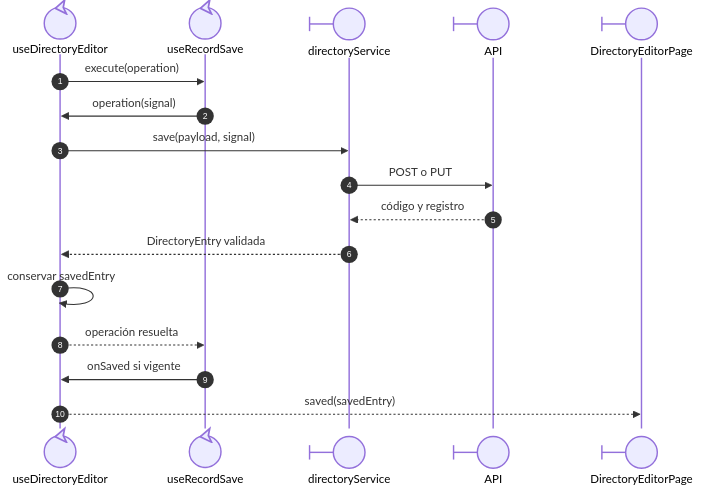
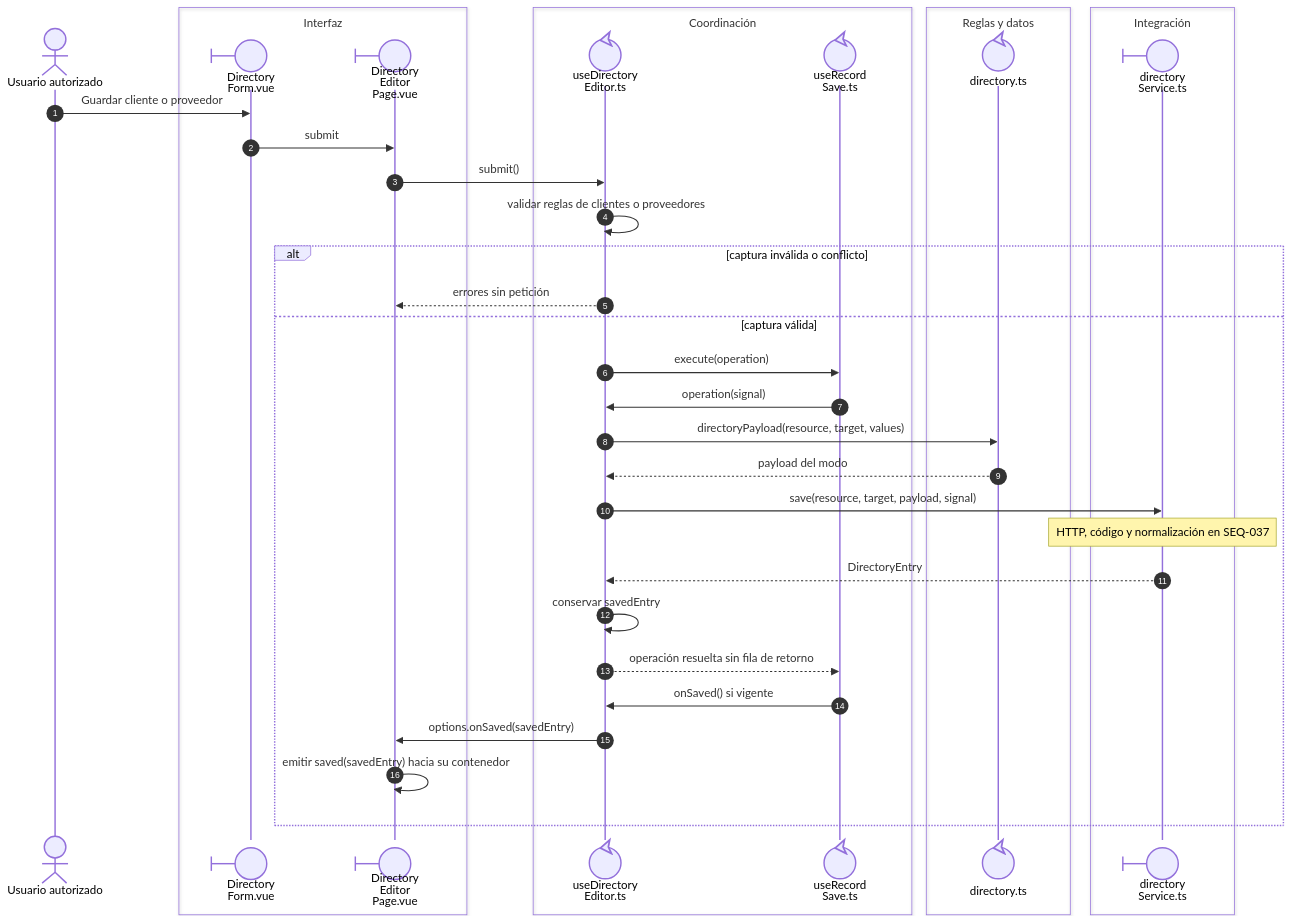
One commit to gpgsistemas01/nexus changed the first of 2 diagrams in front/docs/architecture/views/processes/03-catalogs-and-directory/02-directory-save.md. Above: the diagram before and after it, drawn with Mermaid. The commit also changed other lines of this file and 46 other files, not shown here.

````diff
--- a/front/docs/architecture/views/processes/03-catalogs-and-directory/02-directory-save.md
+++ b/front/docs/architecture/views/processes/03-catalogs-and-directory/02-directory-save.md
@@ -15,19 +15,39 @@
 ```mermaid
 sequenceDiagram
     autonumber
-    participant Editor@{ "type": "control" } as useDirectoryEditor
-    participant Save@{ "type": "control" } as useRecordSave
-    participant Service@{ "type": "boundary" } as directoryService
-    participant API@{ "type": "boundary" } as API
-    participant Page@{ "type": "boundary" } as DirectoryEditorPage
-    Editor->>Save: execute(operation)
-    Save->>Editor: operation(signal)
-    Editor->>Service: save(payload, signal)
-    Service->>API: POST o PUT
-    API-->>Service: código y registro
-    Service-->>Editor: DirectoryEntry validada
-    Editor->>Editor: conservar savedEntry
-    Editor-->>Save: operación resuelta
-    Save->>Editor: onSaved si vigente
-    Editor-->>Page: saved(savedEntry)
+    actor U as Usuario autorizado
+    box Interfaz
+    participant Form@{ "type": "boundary" } as Directory<br/>Form.vue
+    participant Page@{ "type": "boundary" } as Directory<br/>Editor<br/>Page.vue
+    end
+    box Coordinación
+    participant Editor@{ "type": "control" } as useDirectory<br/>Editor.ts
+    participant Save@{ "type": "control" } as useRecord<br/>Save.ts
+    end
+    box Reglas y datos
+    participant Payload@{ "type": "control" } as directory.ts
+    end
+    box Integración
+    participant Service@{ "type": "boundary" } as directory<br/>Service.ts
+    end
+    U->>Form: Guardar cliente o proveedor
+    Form->>Page: submit
+    Page->>Editor: submit()
+    Editor->>Editor: validar reglas de clientes o proveedores
+    alt captura inválida o conflicto
+        Editor-->>Page: errores sin petición
+    else captura válida
+        Editor->>Save: execute(operation)
+        Save->>Editor: operation(signal)
+        Editor->>Payload: directoryPayload(resource, target, values)
+        Payload-->>Editor: payload del modo
+        Editor->>Service: save(resource, target, payload, signal)
+        Note over Service: HTTP, código y normalización en SEQ-037
+        Service-->>Editor: DirectoryEntry
+        Editor->>Editor: conservar savedEntry
+        Editor-->>Save: operación resuelta sin fila de retorno
+        Save->>Editor: onSaved() si vigente
+        Editor->>Page: options.onSaved(savedEntry)
+        Page->>Page: emitir saved(savedEntry) hacia su contenedor
+    end
 ```
````
